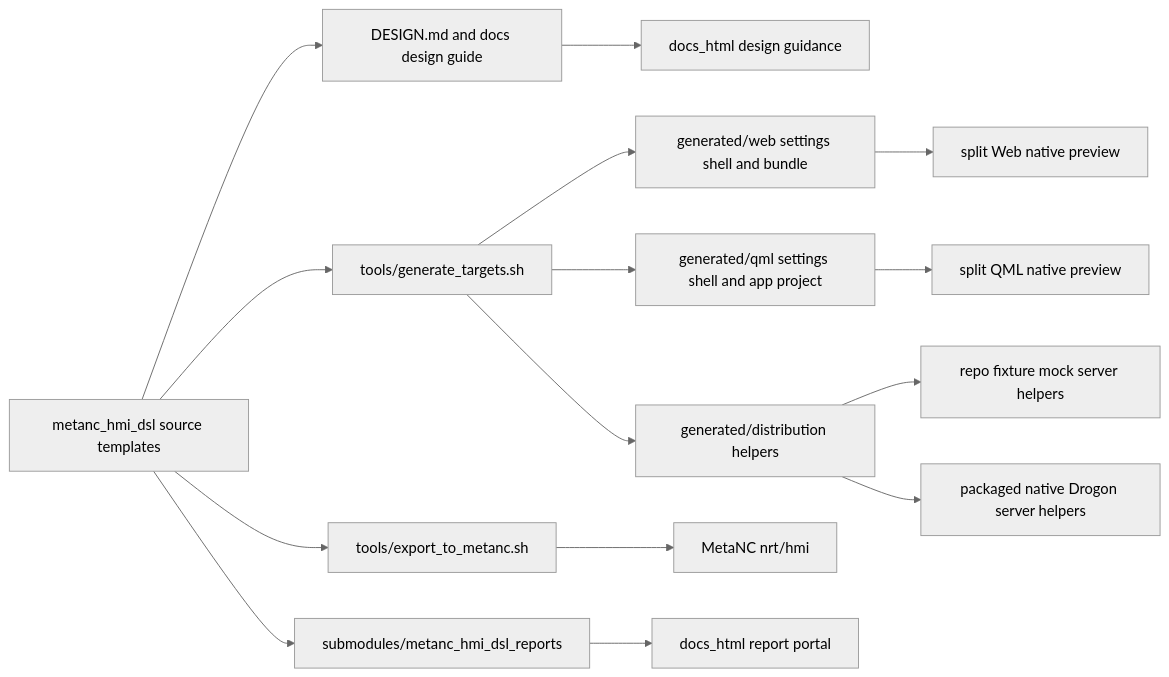
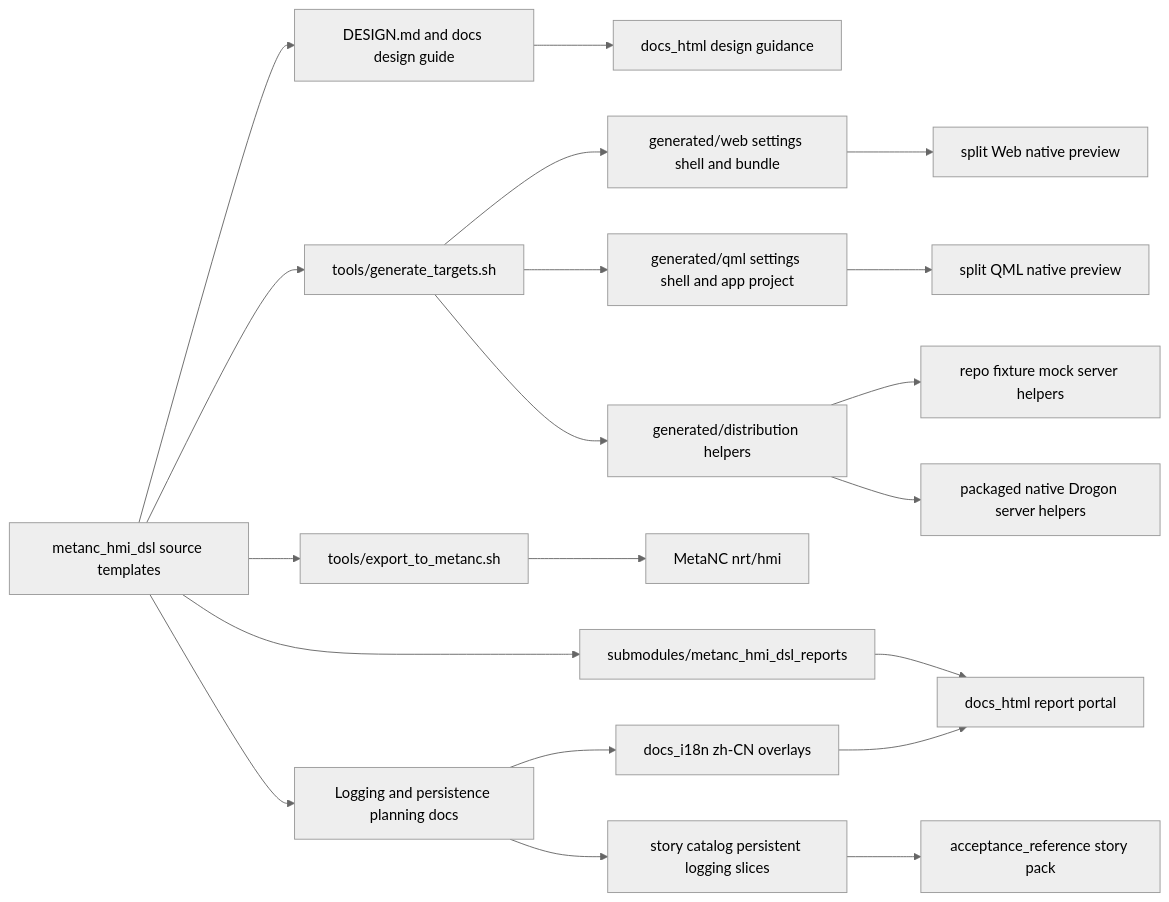
One commit to luppiterw/metanc_hmi_dsl_reports changed the diagram in 2026-04-29-codex-session/architecture-diagram.md. Above: the diagram before and after it, drawn with Mermaid (neutral theme). The commit also changed 31 other files, not shown here.

````diff
--- a/2026-04-29-codex-session/architecture-diagram.md
+++ b/2026-04-29-codex-session/architecture-diagram.md
@@ -3,17 +3,22 @@
 ```mermaid
 flowchart LR
     DSL[metanc_hmi_dsl source templates] --> GEN[tools/generate_targets.sh]
     DSL --> DESIGN[DESIGN.md and docs design guide]
     DESIGN --> DOCSHTML[docs_html design guidance]
     GEN --> WEB[generated/web settings shell and bundle]
     GEN --> QML[generated/qml settings shell and app project]
     GEN --> DIST[generated/distribution helpers]
     WEB --> WEBRUN[split Web native preview]
     QML --> QMLRUN[split QML native preview]
     DIST --> FIXTURE[repo fixture mock server helpers]
     DIST --> NATIVE[packaged native Drogon server helpers]
     DSL --> EXPORT[tools/export_to_metanc.sh]
     EXPORT --> METANC[MetaNC nrt/hmi]
     DSL --> REPORTS[submodules/metanc_hmi_dsl_reports]
     REPORTS --> DOCS[docs_html report portal]
+    DSL --> PERSIST[Logging and persistence planning docs]
+    PERSIST --> STORY[story catalog persistent logging slices]
+    STORY --> PACK[acceptance_reference story pack]
+    PERSIST --> I18N[docs_i18n zh-CN overlays]
+    I18N --> DOCS
 ```
````
